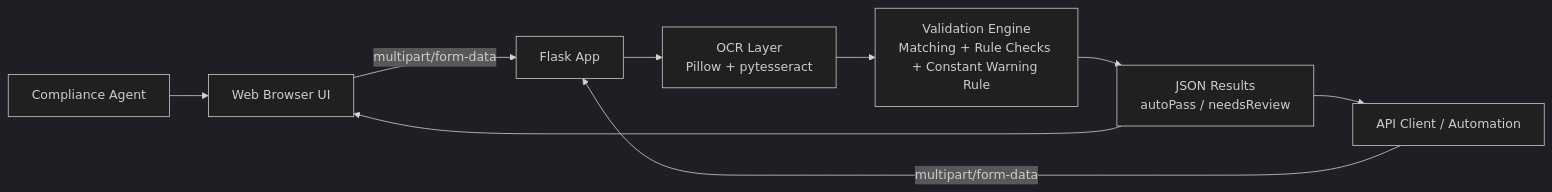
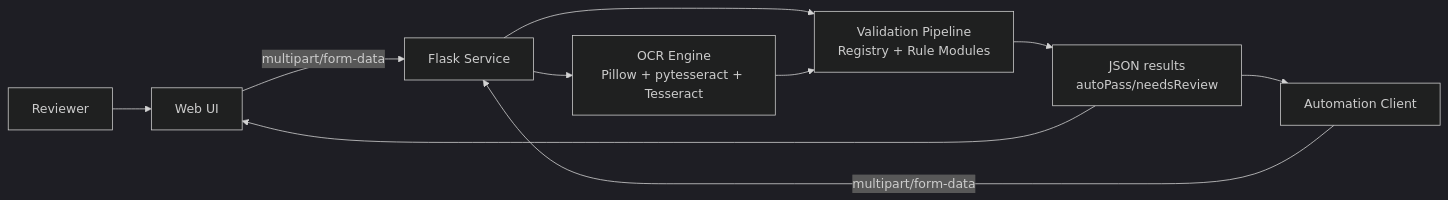
The first of 2 diagrams in docs/architecture.md (JimmyManning/TTBAppProto), drawn with Mermaid (dark theme) before and after one commit. The commit also changed other lines of this file and 31 other files, not shown here.

````diff
--- a/docs/architecture.md
+++ b/docs/architecture.md
@@ -16,12 +14,13 @@
 ```mermaid
 flowchart LR
-    User[Compliance Agent] --> Browser[Web Browser UI]
-    Browser -->|multipart/form-data| Flask[Flask App]
-  Client[API Client / Automation] -->|multipart/form-data| Flask
+    User[Reviewer] --> Browser[Web UI]
+    Browser -->|multipart/form-data| Flask[Flask Service]
+    Client[Automation Client] -->|multipart/form-data| Flask
 
-    Flask --> OCR[OCR Layer\nPillow + pytesseract]
-  OCR --> Validation[Validation Engine\nMatching + Rule Checks + Constant Warning Rule]
-    Validation --> Response[JSON Results\nautoPass / needsReview]
+    Flask --> OCR[OCR Engine\nPillow + pytesseract + Tesseract]
+    Flask --> Validation[Validation Pipeline\nRegistry + Rule Modules]
+    OCR --> Validation
+    Validation --> Response[JSON results\nautoPass/needsReview]
     Response --> Browser
     Response --> Client
 ```
````
